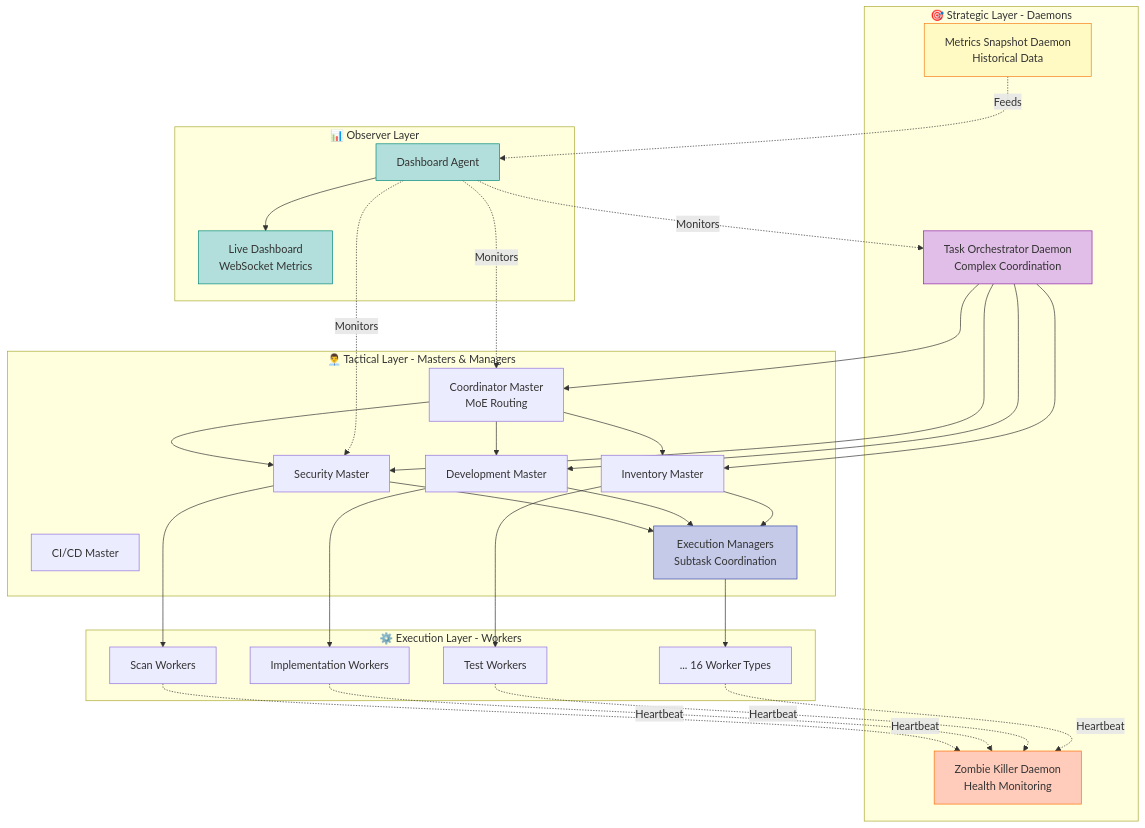
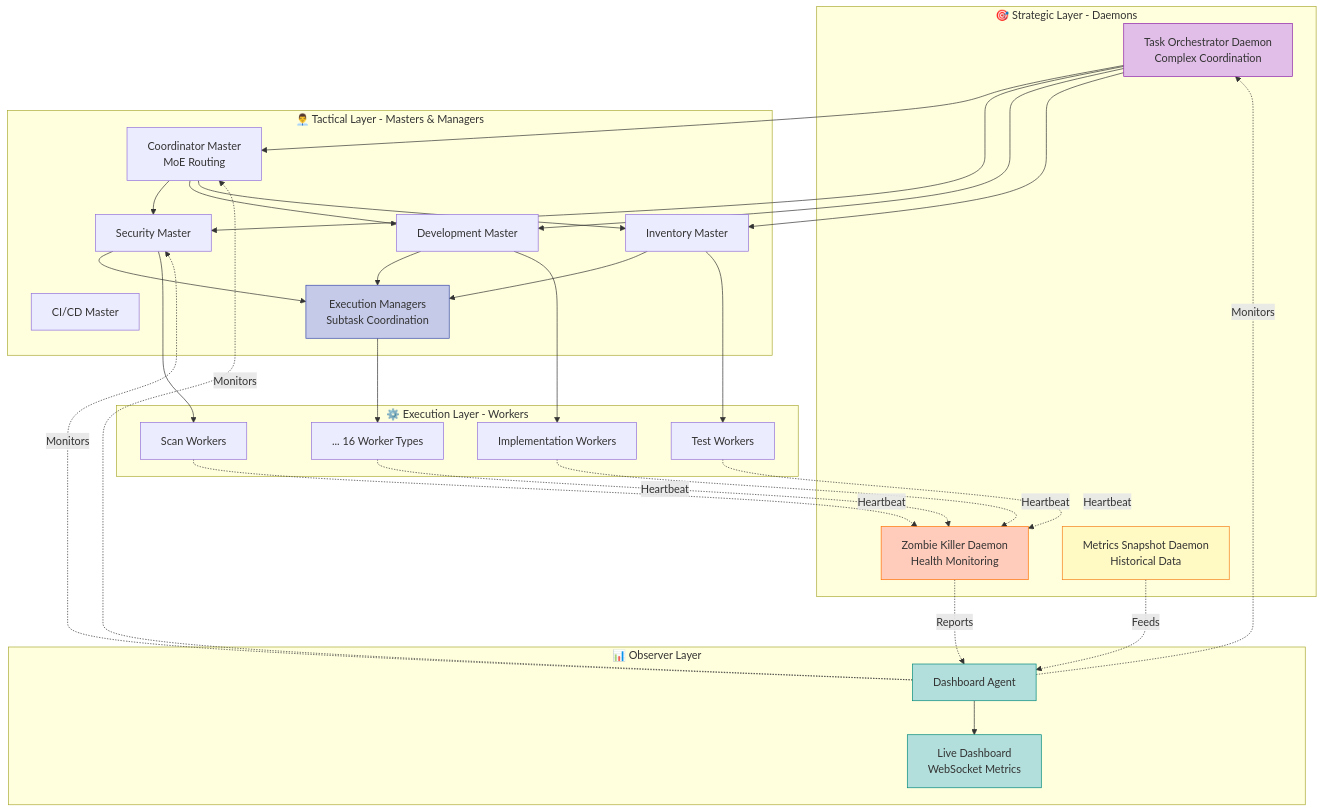
Before and after one commit to cortex-io/cortex: the diagram in README.md, drawn with Mermaid. The commit also changed 1 other file, not shown here.

Commit message:
fix(architecture): add Zombie Killer reporting connection to Dashboard
Added missing connection in both flowcharts:
- ZK -.->|Reports| DA

The Zombie Killer daemon now properly reports worker health
status and zombie eradication events to the Dashboard Agent
for monitoring and visualization.

This completes the observability flow:
- Workers send heartbeats to Zombie Killer
- Zombie Killer reports health status to Dashboard
- Dashboard displays metrics and events

Updated in:
- README.md architecture diagram
- Dashboard About page flowchart

🤖 Generated with [Claude Code](https://claude.com/claude-code)

````diff
--- a/README.md
+++ b/README.md
@@ -76,65 +76,66 @@
 ```mermaid
 graph TB
     subgraph Strategic["🎯 Strategic Layer - Daemons"]
         TO["Task Orchestrator Daemon<br/>Complex Coordination"]
         ZK["Zombie Killer Daemon<br/>Health Monitoring"]
         MS["Metrics Snapshot Daemon<br/>Historical Data"]
     end
 
     subgraph Tactical["👨‍💼 Tactical Layer - Masters & Managers"]
         CM["Coordinator Master<br/>MoE Routing"]
         SM["Security Master"]
         DM["Development Master"]
         IM["Inventory Master"]
         CICD["CI/CD Master"]
         EM["Execution Managers<br/>Subtask Coordination"]
     end
 
     subgraph Execution["⚙️ Execution Layer - Workers"]
         W1["Scan Workers"]
         W2["Implementation Workers"]
         W3["Test Workers"]
         W4["... 16 Worker Types"]
     end
 
     subgraph Observer["📊 Observer Layer"]
         DA["Dashboard Agent"]
         DASH["Live Dashboard<br/>WebSocket Metrics"]
     end
 
     TO --> CM
     TO --> SM
     TO --> DM
     TO --> IM
 
     CM --> SM
     CM --> DM
     CM --> IM
 
     SM --> EM
     DM --> EM
     IM --> EM
 
     SM --> W1
     DM --> W2
     IM --> W3
     EM --> W4
 
     W1 -.->|Heartbeat| ZK
     W2 -.->|Heartbeat| ZK
     W3 -.->|Heartbeat| ZK
     W4 -.->|Heartbeat| ZK
 
+    ZK -.->|Reports| DA
     DA -.->|Monitors| TO
     DA -.->|Monitors| CM
     DA -.->|Monitors| SM
     MS -.->|Feeds| DA
     DA --> DASH
 
     style TO fill:#e1bee7,stroke:#8e24aa
     style ZK fill:#ffccbc,stroke:#ff6f00
     style MS fill:#fff9c4,stroke:#f57f17
     style EM fill:#c5cae9,stroke:#3949ab
     style DA fill:#b2dfdb,stroke:#00897b
     style DASH fill:#b2dfdb,stroke:#00897b
 ```
````
